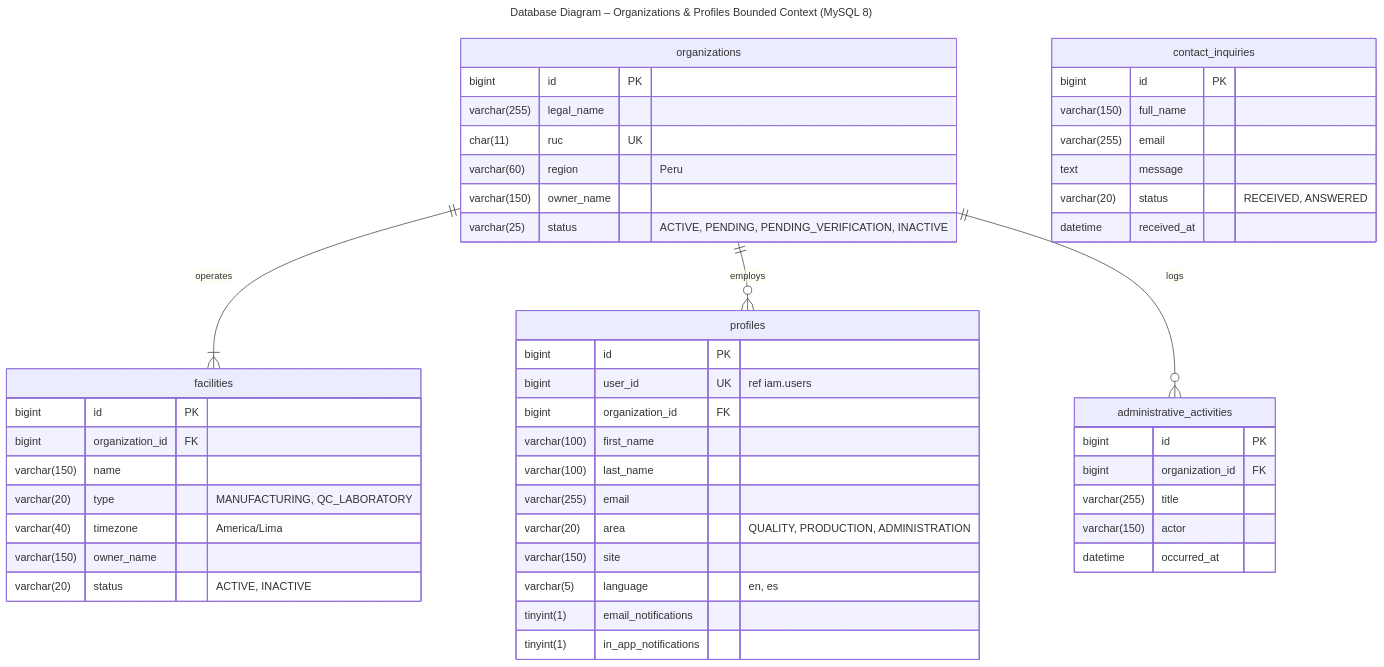
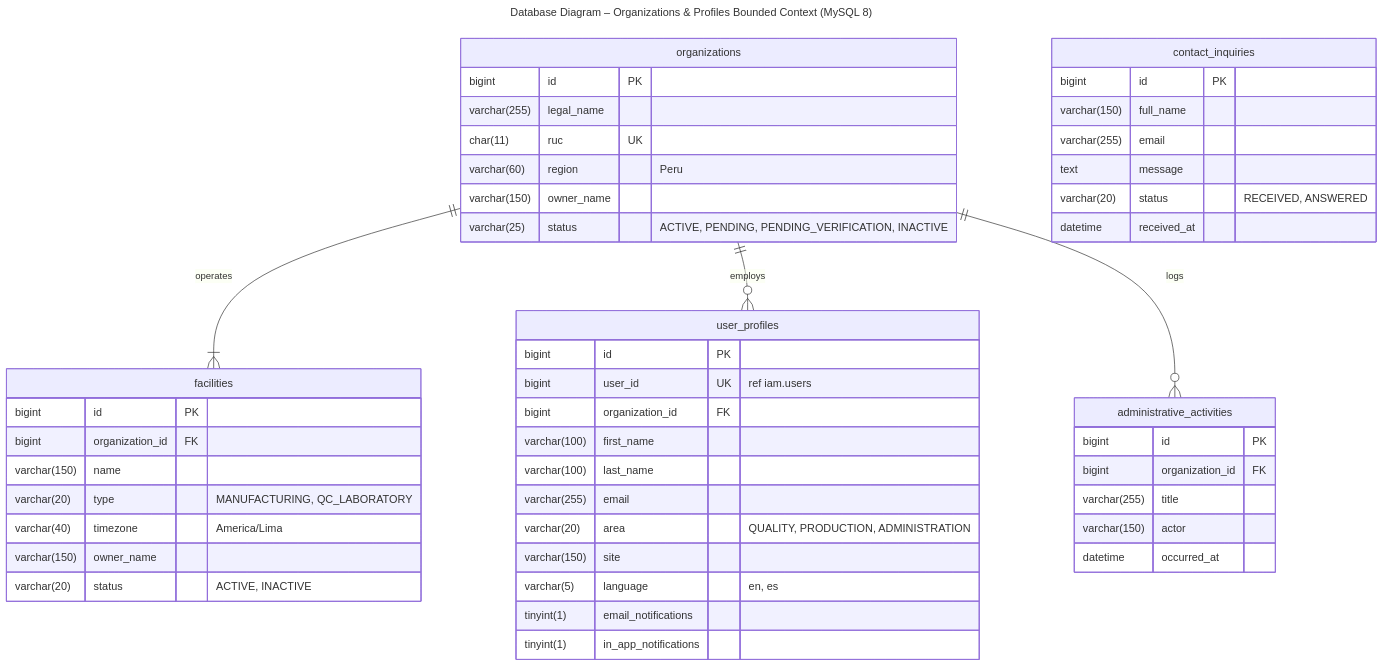
The diagram in report/assets/diagrams/mermaid/db-02-organizations.mmd (IngesCompany/doofplus-report), drawn with Mermaid before and after one commit. The commit also changed 9 other files, not shown here.

Commit message:
docs(chapter4): align the manufacturing and organizations diagrams with the product

```diff
--- a/report/assets/diagrams/mermaid/db-02-organizations.mmd
+++ b/report/assets/diagrams/mermaid/db-02-organizations.mmd
@@ -1,52 +1,52 @@
 ---
 title: "Database Diagram – Organizations & Profiles Bounded Context (MySQL 8)"
 ---
 erDiagram
   organizations {
     bigint id PK
     varchar(255) legal_name
     char(11) ruc UK
     varchar(60) region "Peru"
     varchar(150) owner_name
     varchar(25) status "ACTIVE, PENDING, PENDING_VERIFICATION, INACTIVE"
   }
   facilities {
     bigint id PK
     bigint organization_id FK
     varchar(150) name
     varchar(20) type "MANUFACTURING, QC_LABORATORY"
     varchar(40) timezone "America/Lima"
     varchar(150) owner_name
     varchar(20) status "ACTIVE, INACTIVE"
   }
-  profiles {
+  user_profiles {
     bigint id PK
     bigint user_id UK "ref iam.users"
     bigint organization_id FK
     varchar(100) first_name
     varchar(100) last_name
     varchar(255) email
     varchar(20) area "QUALITY, PRODUCTION, ADMINISTRATION"
     varchar(150) site
     varchar(5) language "en, es"
     tinyint(1) email_notifications
     tinyint(1) in_app_notifications
   }
   administrative_activities {
     bigint id PK
     bigint organization_id FK
     varchar(255) title
     varchar(150) actor
     datetime occurred_at
   }
   contact_inquiries {
     bigint id PK
     varchar(150) full_name
     varchar(255) email
     text message
     varchar(20) status "RECEIVED, ANSWERED"
     datetime received_at
   }
   organizations ||--|{ facilities : "operates"
-  organizations ||--o{ profiles : "employs"
+  organizations ||--o{ user_profiles : "employs"
   organizations ||--o{ administrative_activities : "logs"
```
